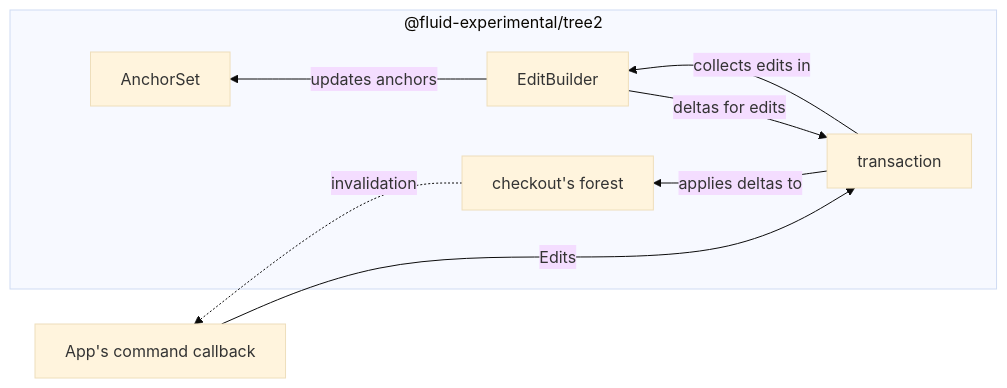
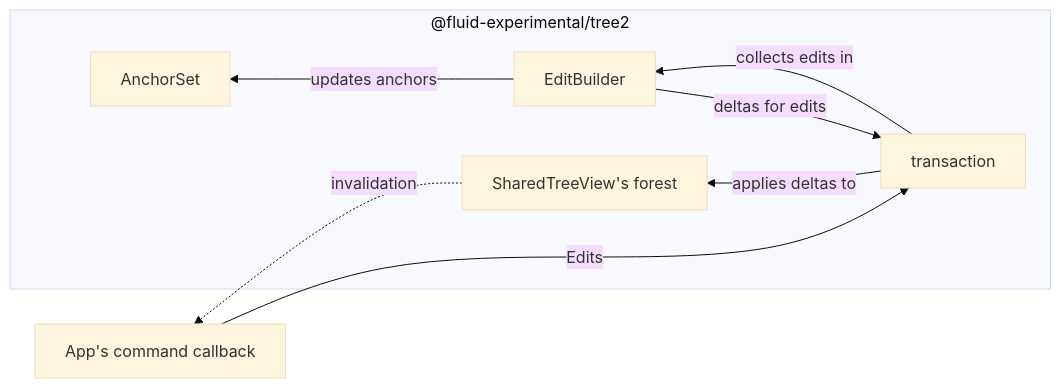
The third of 6 diagrams in experimental/dds/tree2/README.md (microsoft/FluidFramework), drawn with Mermaid (base theme) before and after one commit. The commit also changed other lines of this file and 5 other files, not shown here.

Commit message:
Replace usages of the term checkout with view

````diff
--- a/experimental/dds/tree2/README.md
+++ b/experimental/dds/tree2/README.md
@@ -202,12 +202,12 @@
 ```mermaid
 flowchart RL
     subgraph "@fluid-experimental/tree2"
         transaction--"collects edits in"-->EditBuilder
         EditBuilder--"updates anchors"-->AnchorSet
         EditBuilder--"deltas for edits"-->transaction
-        transaction--"applies deltas to"-->forest["checkout's forest"]
+        transaction--"applies deltas to"-->forest["SharedTreeView's forest"]
     end
     command["App's command callback"]
     command--"Edits"-->transaction
     forest-."invalidation".->command
 ```
````
